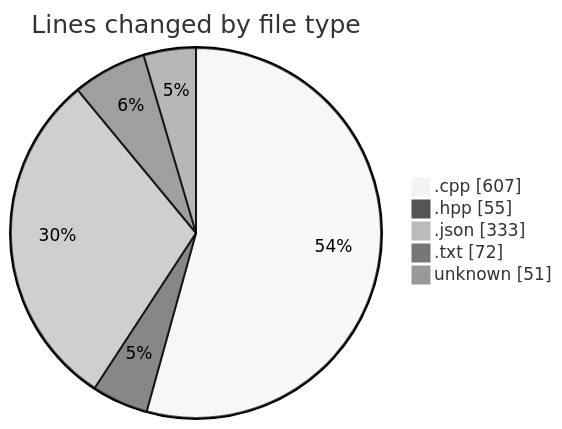
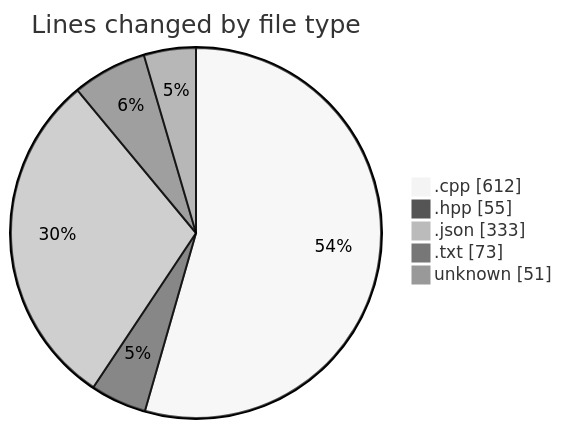
Before and after one commit to Netris89/code-tracking: the first of 2 diagrams in 2025-04-06/echo/README.md, drawn with Mermaid (neutral theme). The commit also changed other lines of this file and 1 other file, not shown here.

````diff
--- a/2025-04-06/echo/README.md
+++ b/2025-04-06/echo/README.md
@@ -27,9 +27,9 @@
 ```mermaid
 pie showData
 title Lines changed by file type
-".cpp" : 607
+".cpp" : 612
 ".hpp" : 55
 ".json" : 333
-".txt" : 72
+".txt" : 73
 "unknown" : 51
 ```
````
